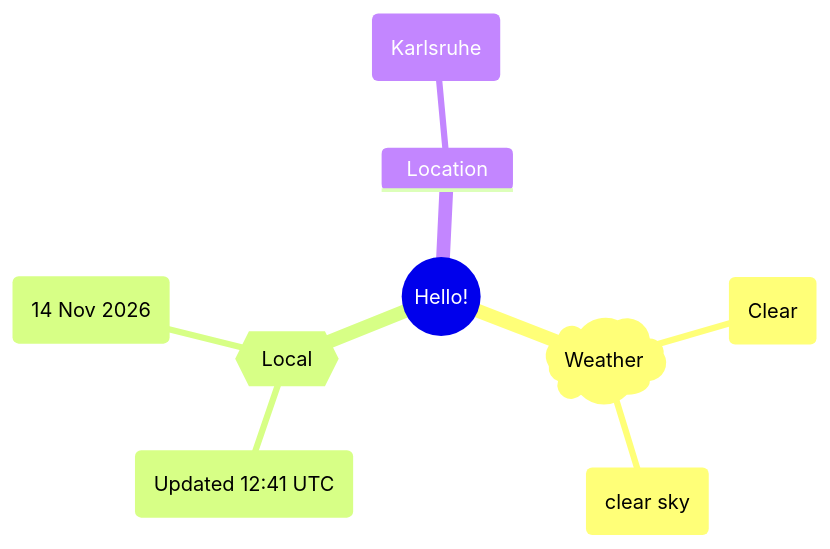
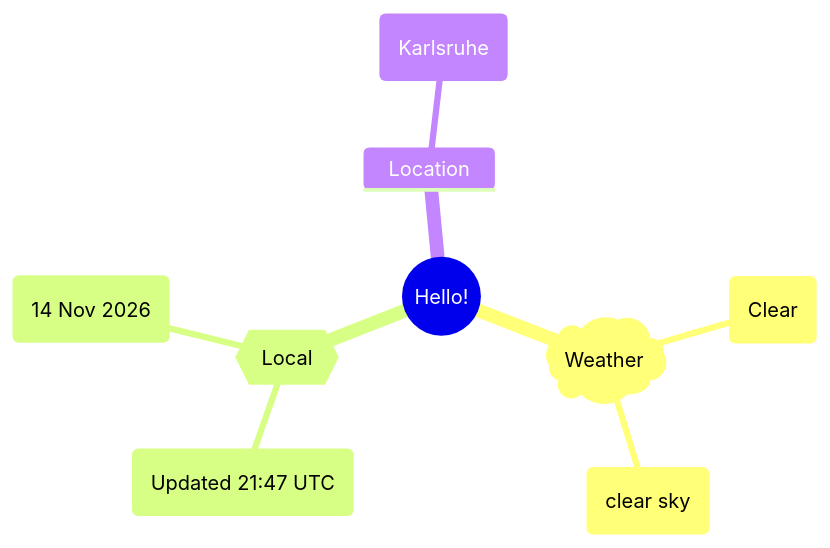
The first of 2 diagrams in README.md (Xosrov/Xosrov), drawn with Mermaid before and after one commit.

Commit message:
[bot] updated images

````diff
--- a/README.md
+++ b/README.md
@@ -3,12 +3,12 @@
 ```mermaid
 mindmap
   root((Hello!))
     )Weather(
         (Clear)
         (clear sky)
     {{Local}}
-        (Updated 12:41 UTC)
+        (Updated 21:47 UTC)
         (14 Nov 2026)
     Location
         (Karlsruhe)
 ```
````
